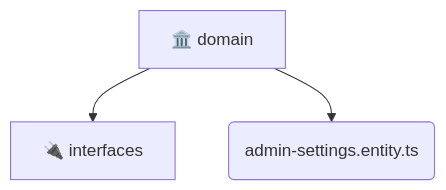
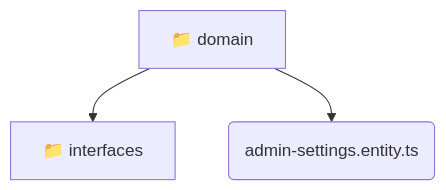
One commit to beginwebdev2002/fullstack-mavluda changed the diagram in backend/src/modules/admin-settings/domain/README.md. Above: the diagram before and after it, drawn with Mermaid. The commit also changed other lines of this file and 155 other files, not shown here.

````diff
--- a/backend/src/modules/admin-settings/domain/README.md
+++ b/backend/src/modules/admin-settings/domain/README.md
@@ -9,6 +9,6 @@
 ```mermaid
 graph TD
-  domain[🏛️ domain]
-  domain --> interfaces[🔌 interfaces]
-  domain --> admin_settings_entity_ts(admin-settings.entity.ts)
+  domain[📁 domain]
+  domain --> domain_interfaces[📁 interfaces]
+  domain --> domain_admin_settings_entity_ts(admin-settings.entity.ts)
 ```
````
